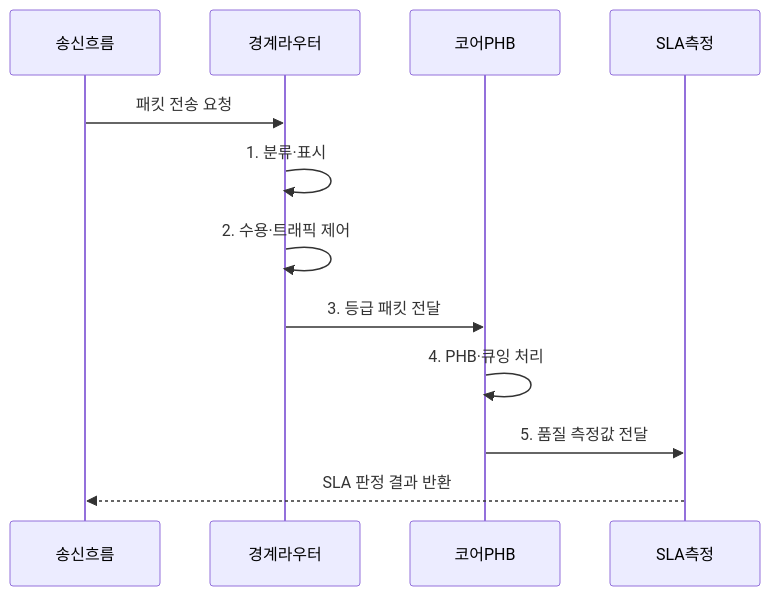
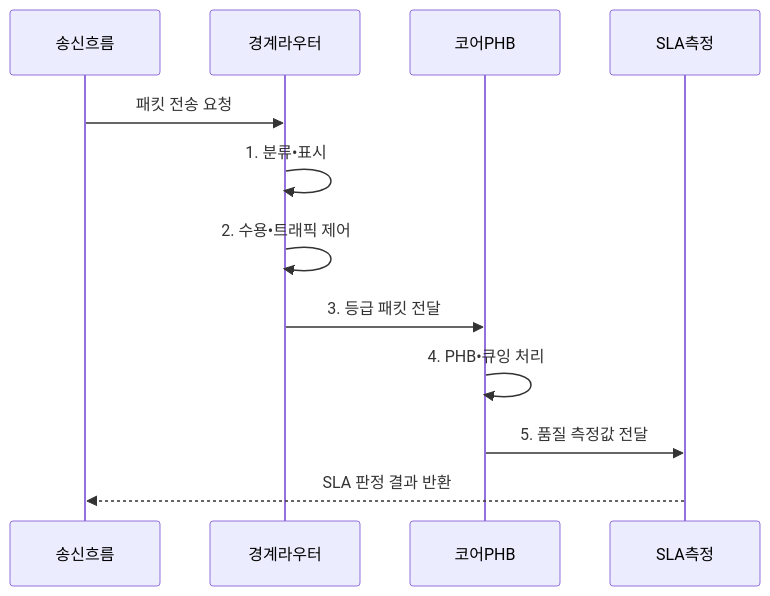
The second of 2 diagrams in src/content/docs/notes/04-network/072_qos_diffserv_intserv.md (agnusdei1207/knowledge-base), drawn with Mermaid before and after one commit. The commit also changed other lines of this file and 953 other files, not shown here.

````diff
--- a/src/content/docs/notes/04-network/072_qos_diffserv_intserv.md
+++ b/src/content/docs/notes/04-network/072_qos_diffserv_intserv.md
@@ -97,14 +97,14 @@
 ```mermaid
 sequenceDiagram
     participant 송신흐름
     participant 경계라우터
     participant 코어PHB
     participant SLA측정
     송신흐름->>경계라우터: 패킷 전송 요청
-    경계라우터->>경계라우터: 1. 분류·표시
-    경계라우터->>경계라우터: 2. 수용·트래픽 제어
+    경계라우터->>경계라우터: 1. 분류•표시
+    경계라우터->>경계라우터: 2. 수용•트래픽 제어
     경계라우터->>코어PHB: 3. 등급 패킷 전달
-    코어PHB->>코어PHB: 4. PHB·큐잉 처리
+    코어PHB->>코어PHB: 4. PHB•큐잉 처리
     코어PHB->>SLA측정: 5. 품질 측정값 전달
     SLA측정-->>송신흐름: SLA 판정 결과 반환
 ```
````
